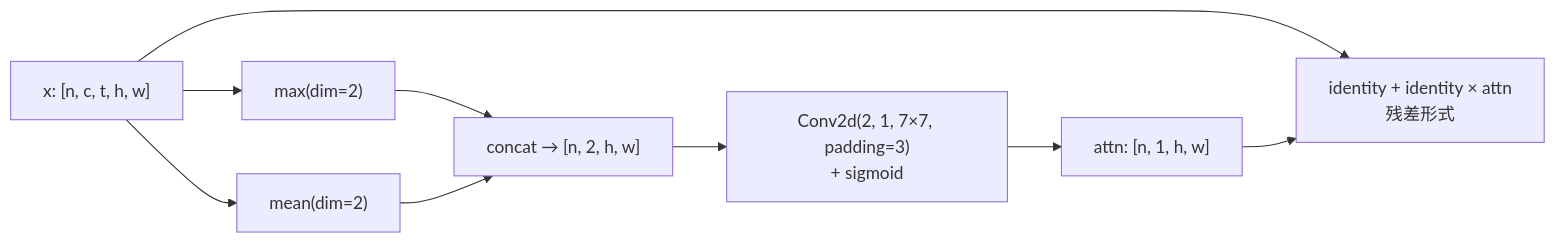
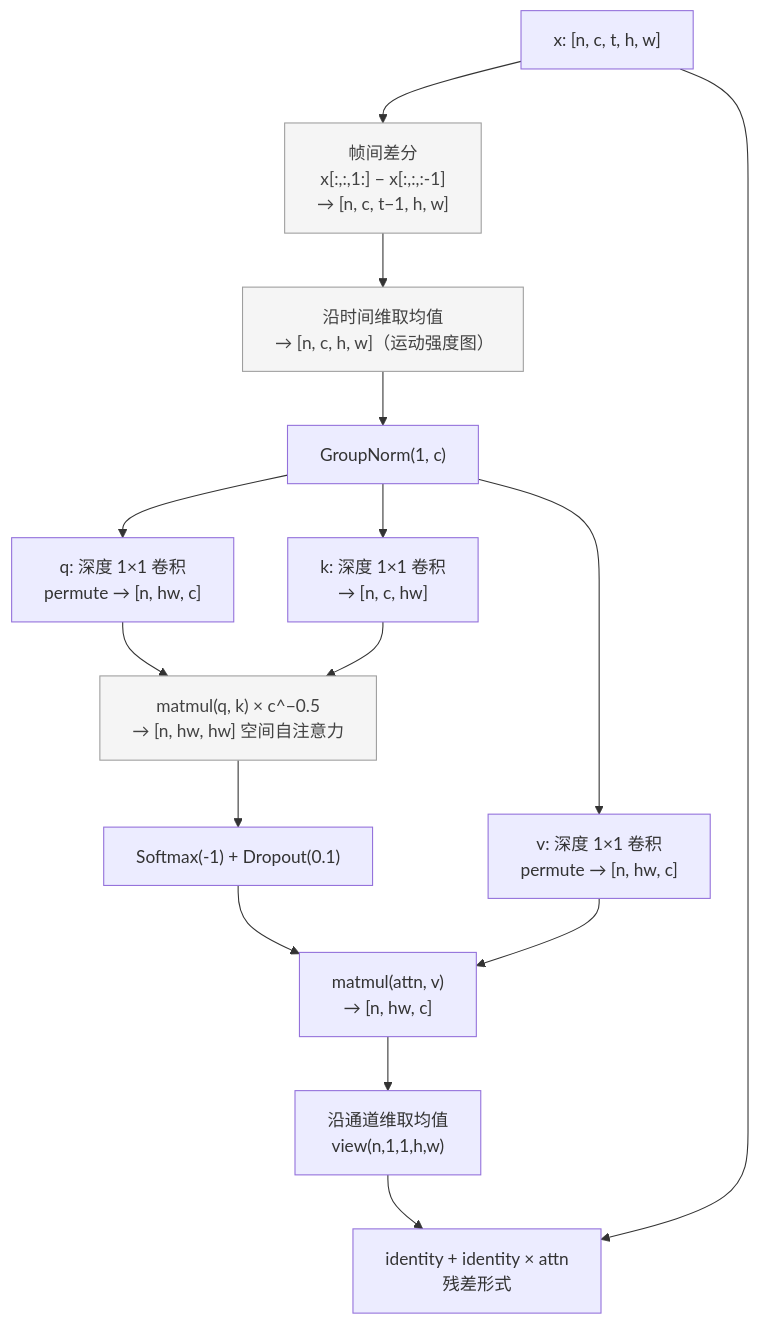
One commit to boundless-oceans/dste_dynamic_v4 changed the fifth of 7 diagrams in docs/03-model-forward.md. Above: the diagram before and after it, drawn with Mermaid. The commit also changed other lines of this file and 15 other files, not shown here.

````diff
--- a/docs/03-model-forward.md
+++ b/docs/03-model-forward.md
@@ -228,11 +229,20 @@
 ```mermaid
-flowchart LR
-    A["x: [n, c, t, h, w]"] --> P1["max(dim=2)"]
-    A --> P2["mean(dim=2)"]
-    P1 --> CAT["concat → [n, 2, h, w]"]
-    P2 --> CAT
-    CAT --> C["Conv2d(2, 1, 7×7, padding=3)<br/>+ sigmoid"]
-    C --> ATTN["attn: [n, 1, h, w]"]
-    A --> RES["identity + identity × attn<br/>残差形式"]
-    ATTN --> RES
+flowchart TB
+    A["x: [n, c, t, h, w]"] --> DIFF["帧间差分<br/>x[:,:,1:] − x[:,:,:-1]<br/>→ [n, c, t−1, h, w]"]
+    DIFF --> MEAN["沿时间维取均值<br/>→ [n, c, h, w]（运动强度图）"]
+    MEAN --> NORM["GroupNorm(1, c)"]
+    NORM --> Q["q: 深度 1×1 卷积<br/>permute → [n, hw, c]"]
+    NORM --> K["k: 深度 1×1 卷积<br/>→ [n, c, hw]"]
+    NORM --> V["v: 深度 1×1 卷积<br/>permute → [n, hw, c]"]
+    Q --> ATT["matmul(q, k) × c^−0.5<br/>→ [n, hw, hw] 空间自注意力"]
+    K --> ATT
+    ATT --> SM["Softmax(-1) + Dropout(0.1)"]
+    SM --> MUL["matmul(attn, v)<br/>→ [n, hw, c]"]
+    V --> MUL
+    MUL --> RED["沿通道维取均值<br/>view(n,1,1,h,w)"]
+    RED --> OUT["identity + identity × attn<br/>残差形式"]
+    A --> OUT
+
+    classDef note fill:#f5f5f5,stroke:#9e9e9e,color:#424242
+    class DIFF,MEAN,ATT note
 ```
````
